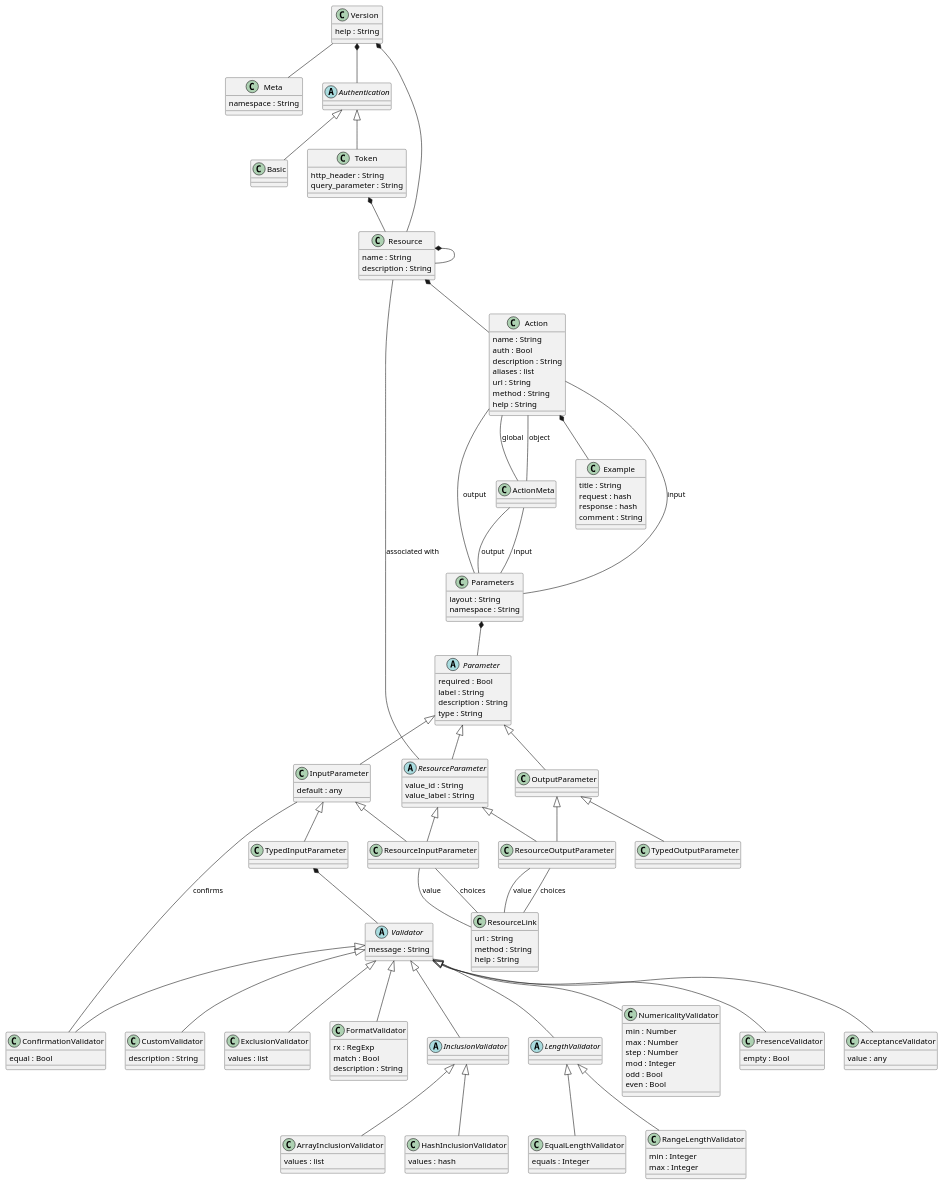
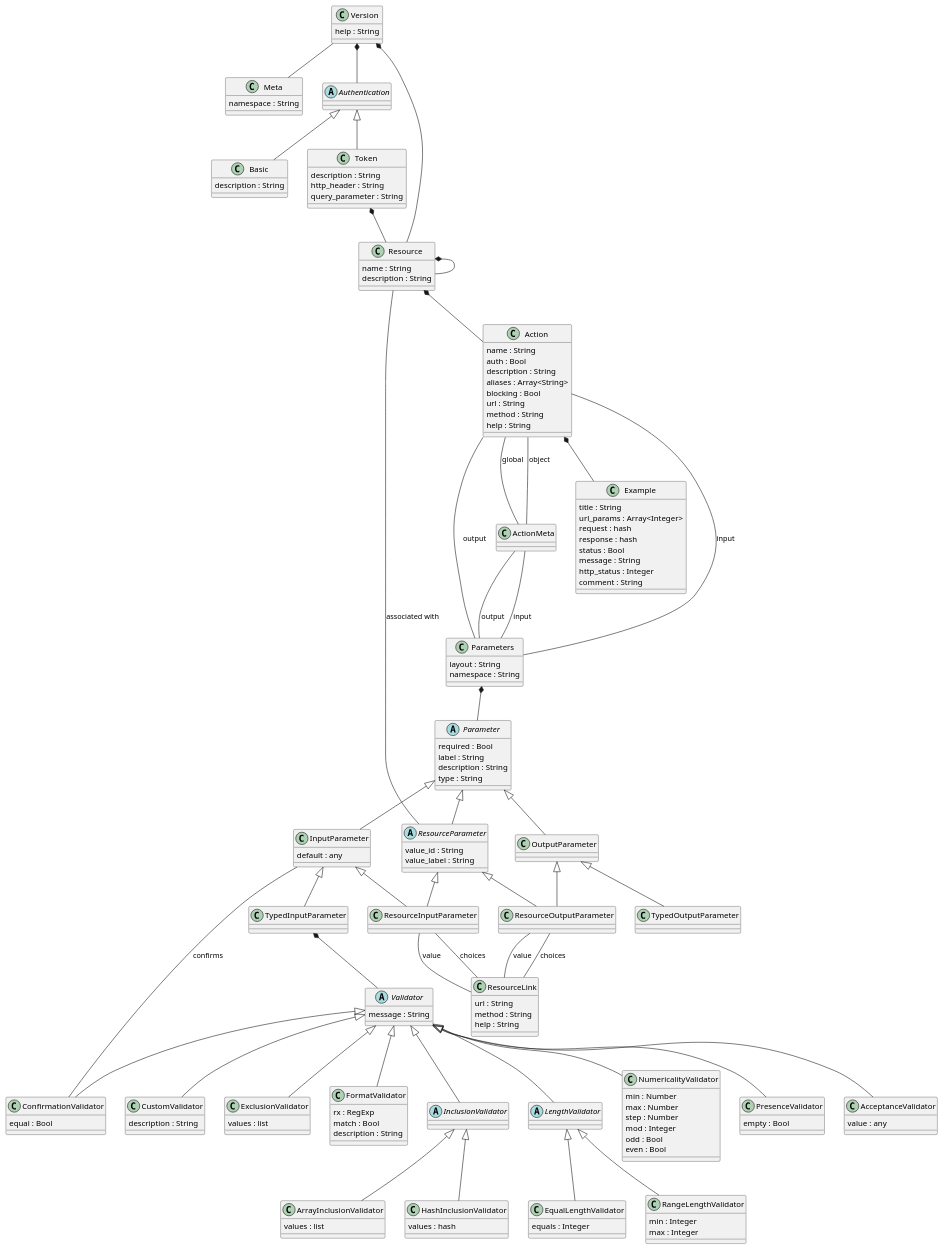
Before and after one commit to vpsfreecz/haveapi: the diagram in doc/protocol.plantuml, drawn with PlantUML. The commit also changed 1 other file, not shown here.

Commit message:
Update protocol diagram

```diff
--- a/doc/protocol.plantuml
+++ b/doc/protocol.plantuml
@@ -9,14 +9,15 @@
 }
 
 abstract class Authentication {
-	
+
 }
 
 class Basic {
-	
+	description : String
 }
 
 class Token {
+	description : String
 	http_header : String
 	query_parameter : String
 }
@@ -30,7 +31,8 @@
 	name : String
 	auth : Bool
 	description : String
-	aliases : list
+	aliases : Array<String>
+	blocking : Bool
 	url : String
 	method : String
 	help : String
@@ -38,8 +40,12 @@
 
 class Example {
 	title : String
+	url_params : Array<Integer>
 	request : hash
 	response : hash
+	status : Bool
+	message : String
+	http_status : Integer
 	comment : String
 }
 
@@ -60,7 +66,7 @@
 }
 
 class OutputParameter {
-	
+
 }
 
 abstract class ResourceParameter {
@@ -69,14 +75,14 @@
 }
 
 class TypedInputParameter {
-	
+
 }
 
 class ResourceInputParameter {
 }
 
 class TypedOutputParameter {
-	
+
 }
 
 class ResourceOutputParameter {
@@ -119,7 +125,7 @@
 }
 
 abstract class InclusionValidator {
-	
+
 }
 
 class ArrayInclusionValidator {
@@ -131,7 +137,7 @@
 }
 
 abstract class LengthValidator {
-	
+
 }
 
 class EqualLengthValidator {
```
